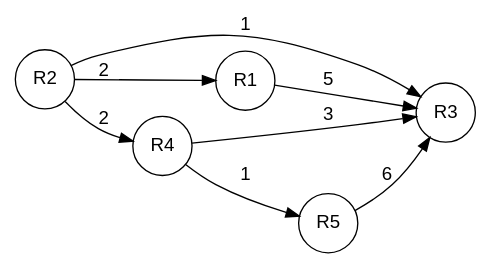
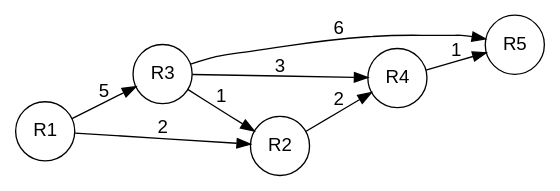
The diagram in ejercicio2.dot (Void-CA/halfs_and_prototails), drawn with Graphviz before and after one commit. The commit also changed 3 other files, not shown here.

```diff
--- a/ejercicio2.dot
+++ b/ejercicio2.dot
@@ -1,12 +1,12 @@
 digraph G {
     rankdir= LR;
     node [shape=circle, fontname="Arial"];
     edge [fontname="Arial"];
-    "R2" -> "R3" [label="1"];
-    "R2" -> "R1" [label="2"];
+    "R1" -> "R3" [label="5"];
+    "R1" -> "R2" [label="2"];
+    "R3" -> "R4" [label="3"];
+    "R3" -> "R2" [label="1"];
+    "R3" -> "R5" [label="6"];
     "R2" -> "R4" [label="2"];
-    "R4" -> "R3" [label="3"];
     "R4" -> "R5" [label="1"];
-    "R5" -> "R3" [label="6"];
-    "R1" -> "R3" [label="5"];
 }
```
